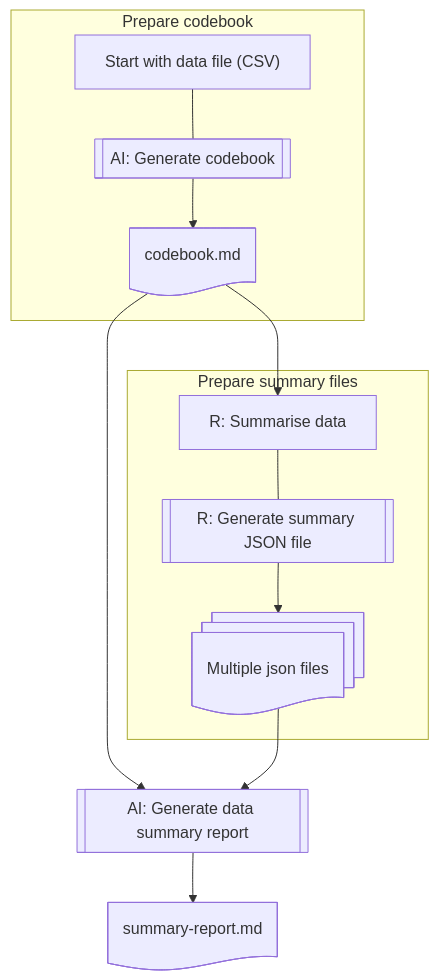
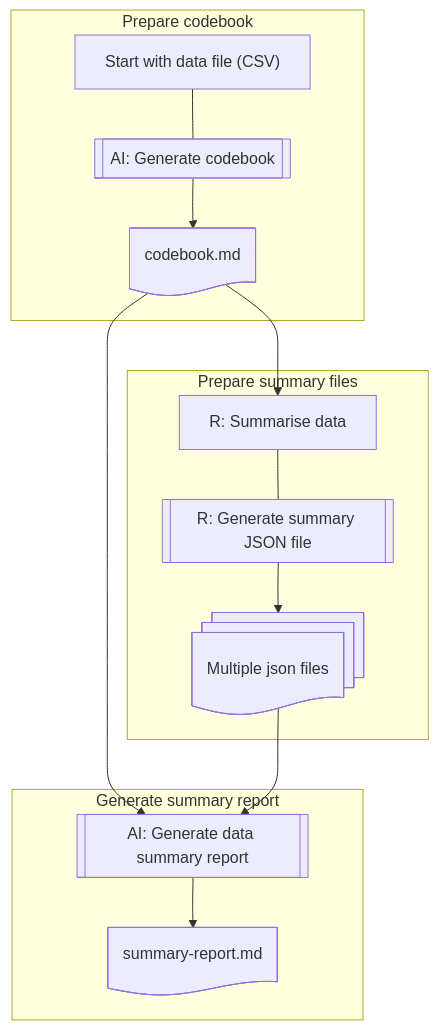
One commit to tpemartin/113-2-data-visualization changed the diagram in Lecture-notes/10-data-summary-with-AI.md. Above: the diagram before and after it, drawn with Mermaid.

````diff
--- a/Lecture-notes/10-data-summary-with-AI.md
+++ b/Lecture-notes/10-data-summary-with-AI.md
@@ -18,23 +18,26 @@
 ```mermaid
 flowchart TB
   A["Start with data file (CSV)"]
   B[["AI: Generate codebook"]]
   C@{ shape: doc, label: "codebook.md" }
   D["R: Summarise data"]
   E[["R: Generate summary JSON file"]]
   F@{ shape: docs, label: "Multiple json files"}
   subgraph step1[Prepare codebook]
     A --- B
     B --> C
   end
   subgraph step2[Prepare summary files]
     D --- E
     E --> F
   end
+  subgraph step3[Generate summary report]
+    G --> H
+  end
   
   C --> D
   C --> G[["AI: Generate data summary report"]]
   F --> G
-  G --> H@{ shape: doc, label: "summary-report.md" }
+  H@{ shape: doc, label: "summary-report.md" }
     
 ```
````
